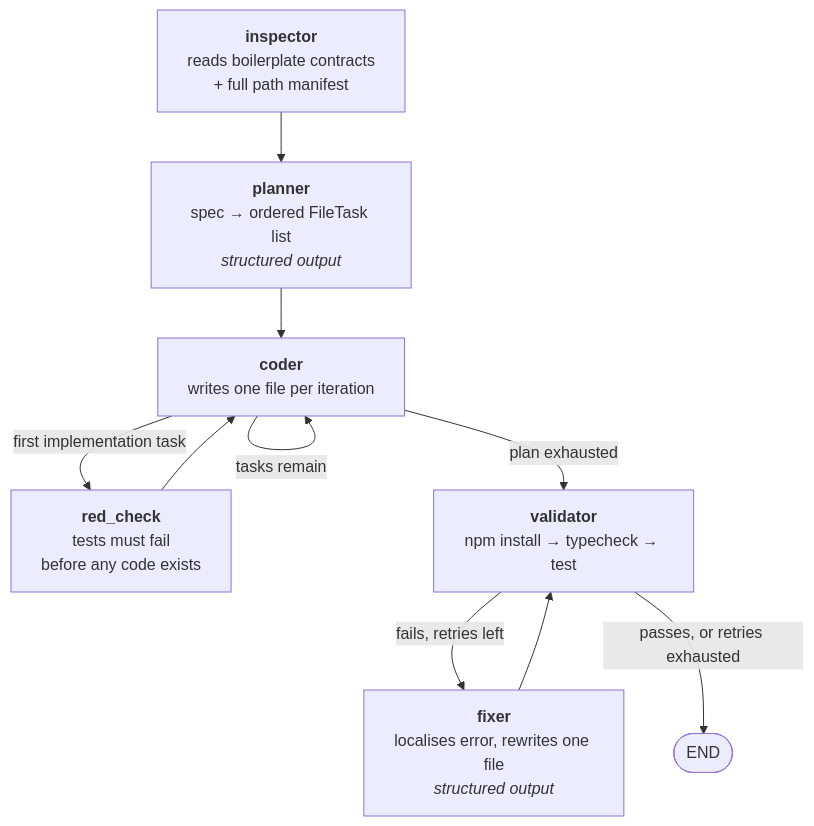
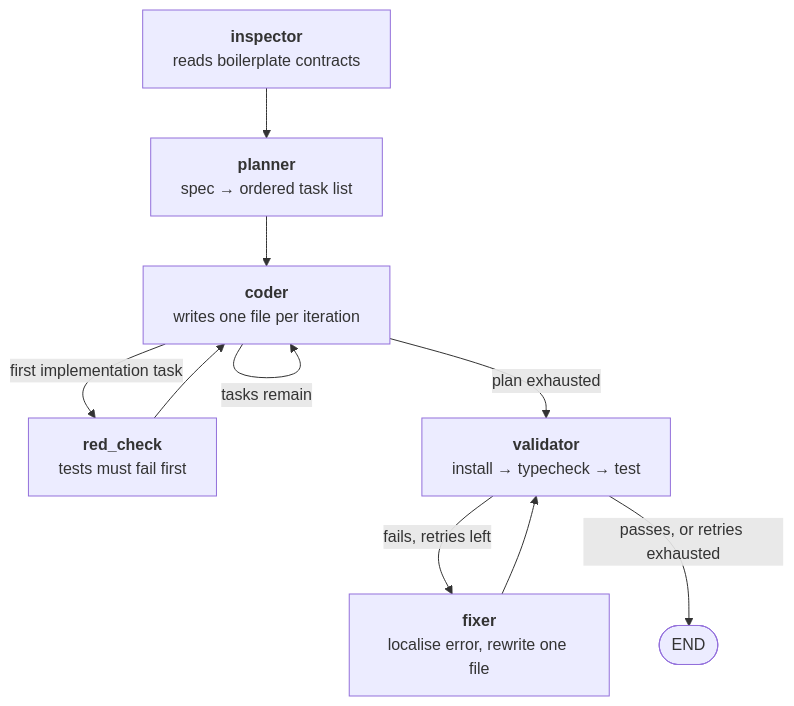
One commit to aycarl/Fullstack-Coding-Challenge changed the diagram in docs/WRITEUP.md. Above: the diagram before and after it, drawn with Mermaid. The commit also changed other lines of this file and 18 other files, not shown here.

````diff
--- a/docs/WRITEUP.md
+++ b/docs/WRITEUP.md
@@ -90,19 +38,19 @@
 ```mermaid
 flowchart TD
-    inspector["<b>inspector</b><br/>reads boilerplate contracts<br/>+ full path manifest"]
-    planner["<b>planner</b><br/>spec → ordered FileTask list<br/><i>structured output</i>"]
+    inspector["<b>inspector</b><br/>reads boilerplate contracts"]
+    planner["<b>planner</b><br/>spec → ordered task list"]
     coder["<b>coder</b><br/>writes one file per iteration"]
-    red["<b>red_check</b><br/>tests must fail<br/>before any code exists"]
-    validator["<b>validator</b><br/>npm install → typecheck → test"]
-    fixer["<b>fixer</b><br/>localises error, rewrites one file<br/><i>structured output</i>"]
+    red["<b>red_check</b><br/>tests must fail first"]
+    validator["<b>validator</b><br/>install → typecheck → test"]
+    fixer["<b>fixer</b><br/>localise error, rewrite one file"]
     done(["END"])
 
     inspector --> planner --> coder
     coder -->|tasks remain| coder
     coder -->|first implementation task| red
     red --> coder
     coder -->|plan exhausted| validator
     validator -->|fails, retries left| fixer
     fixer --> validator
     validator -->|passes, or retries exhausted| done
 ```
````
